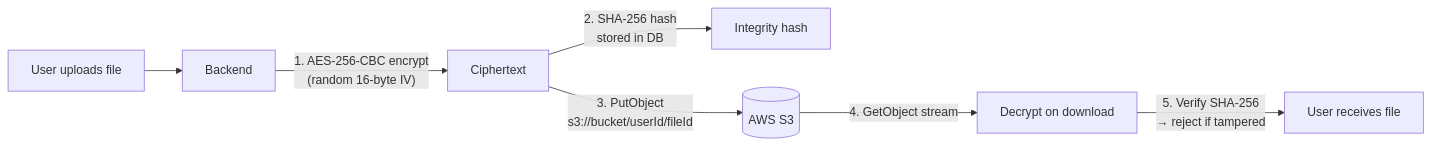
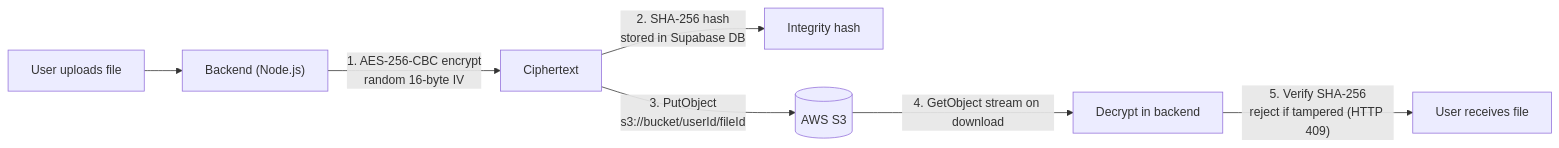
Diagram 11 of 13 in README.md (securitywithhem/vaultiq), drawn with Mermaid before and after one commit. The commit also changed other lines of this file, not shown here.

````diff
--- a/README.md
+++ b/README.md
@@ -447,9 +534,9 @@
 ```mermaid
 flowchart LR
-    Client[User uploads file] --> Backend
-    Backend -->|"1. AES-256-CBC encrypt\n   (random 16-byte IV)"| Cipher[Ciphertext]
-    Cipher -->|"2. SHA-256 hash\n   stored in DB"| Hash[Integrity hash]
-    Cipher -->|"3. PutObject\n   s3://bucket/userId/fileId"| S3[(AWS S3)]
-    S3 -->|"4. GetObject stream"| Dec[Decrypt on download]
-    Dec -->|"5. Verify SHA-256\n   → reject if tampered"| User[User receives file]
+    Client["User uploads file"] --> Backend["Backend (Node.js)"]
+    Backend -->|"1. AES-256-CBC encrypt<br/>random 16-byte IV"| Cipher["Ciphertext"]
+    Cipher -->|"2. SHA-256 hash<br/>stored in Supabase DB"| Hash["Integrity hash"]
+    Cipher -->|"3. PutObject<br/>s3://bucket/userId/fileId"| S3[("AWS S3")]
+    S3 -->|"4. GetObject stream on download"| Dec["Decrypt in backend"]
+    Dec -->|"5. Verify SHA-256<br/>reject if tampered (HTTP 409)"| User["User receives file"]
 ```
````
